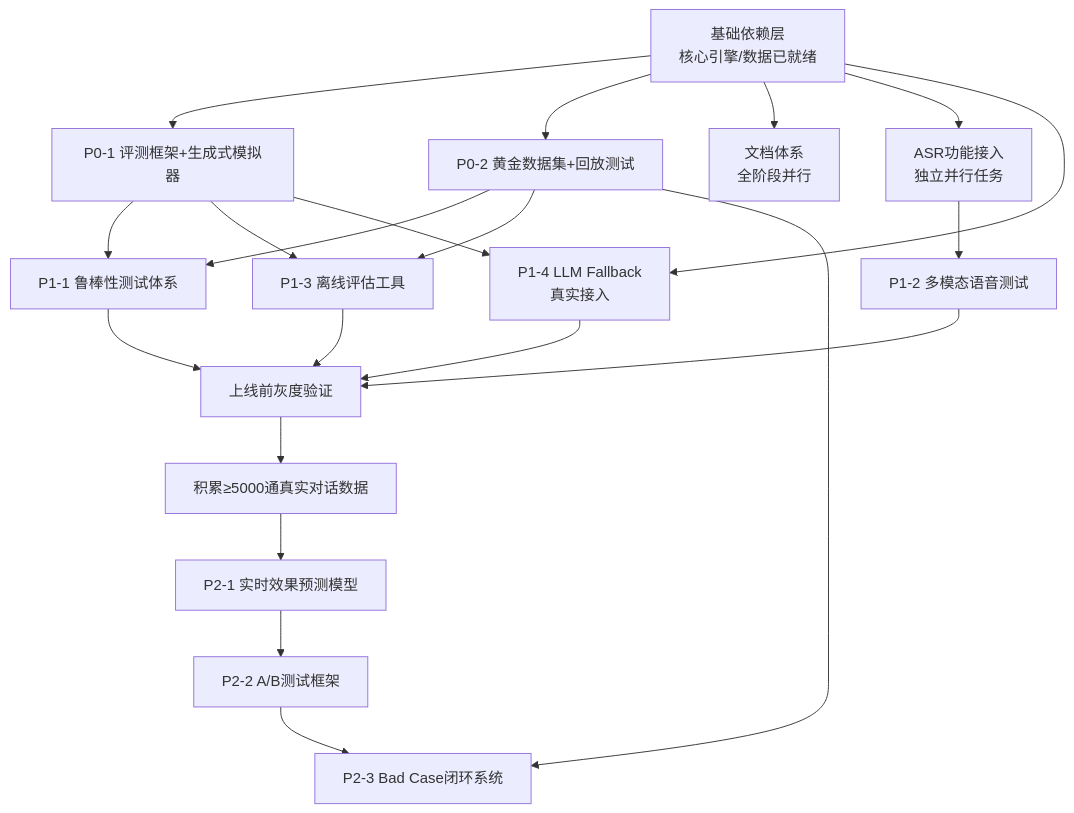
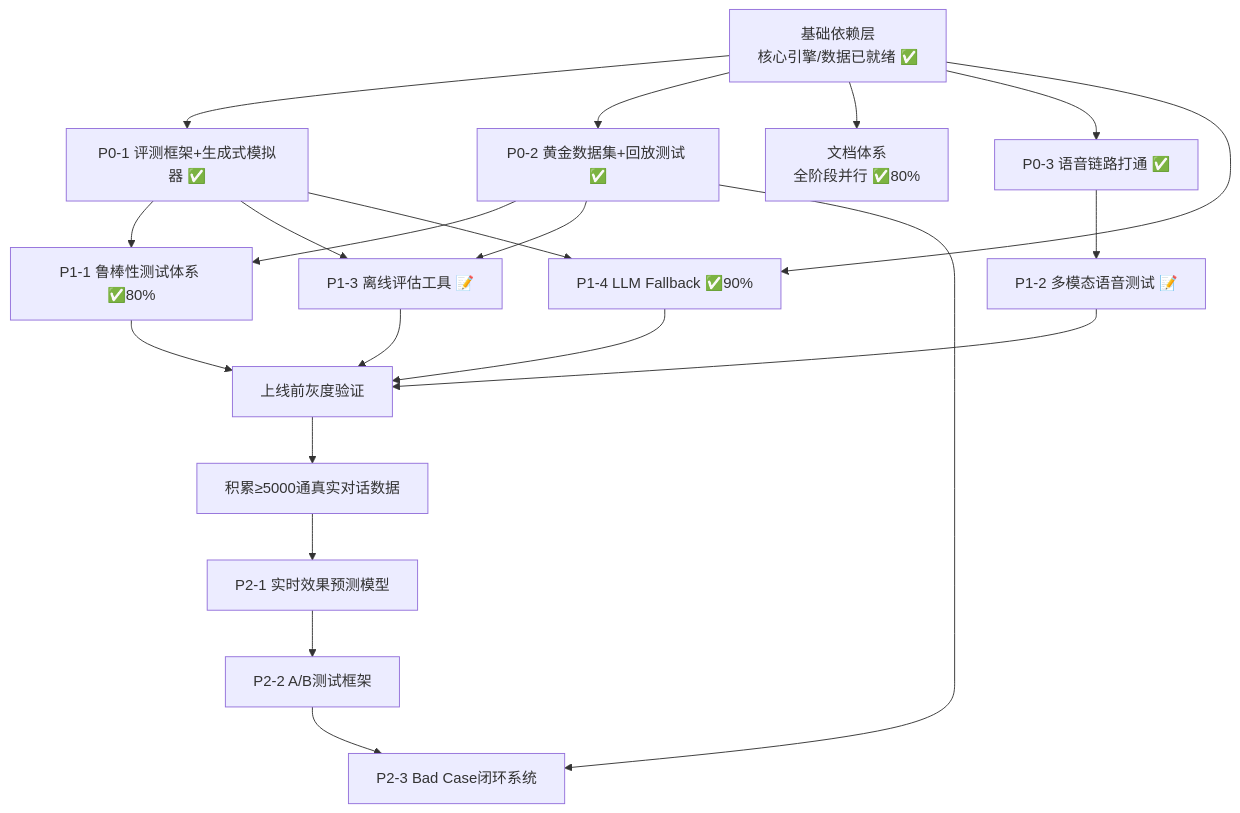
Before and after one commit to zhaodaolimeng/ai-telemarketing: the diagram in docs/ROADMAP.md, drawn with Mermaid. The commit also changed other lines of this file, not shown here.

First line of the commit message:
docs: 更新 ROADMAP 进度快照，反映 P0/P1 实际完成情况

````diff
--- a/docs/ROADMAP.md
+++ b/docs/ROADMAP.md
@@ -111,28 +132,28 @@
 ```mermaid
 graph TD
     %% 根依赖
-    BASE[基础依赖层<br>核心引擎/数据已就绪] --> P01[P0-1 评测框架+生成式模拟器]
-    BASE --> P02[P0-2 黄金数据集+回放测试]
-    BASE --> DOC[文档体系<br>全阶段并行]
-    BASE --> ASR[ASR功能接入<br>独立并行任务]
+    BASE[基础依赖层<br>核心引擎/数据已就绪 ✅] --> P01[P0-1 评测框架+生成式模拟器 ✅]
+    BASE --> P02[P0-2 黄金数据集+回放测试 ✅]
+    BASE --> DOC[文档体系<br>全阶段并行 ✅80%]
+    BASE --> ASR[P0-3 语音链路打通 ✅]
     
     %% P0 -> P1
-    P01 --> P11[P1-1 鲁棒性测试体系]
+    P01 --> P11[P1-1 鲁棒性测试体系 ✅80%]
     P02 --> P11
-    P01 --> P13[P1-3 离线评估工具]
+    P01 --> P13[P1-3 离线评估工具 📝]
     P02 --> P13
-    ASR --> P12[P1-2 多模态语音测试]
-    BASE --> P14[P1-4 LLM Fallback<br>真实接入]
+    ASR --> P12[P1-2 多模态语音测试 📝]
+    BASE --> P14[P1-4 LLM Fallback ✅90%]
     P01 --> P14
     
     %% P1 -> 上线 -> P2
     P11 --> PRE_ONLINE[上线前灰度验证]
     P12 --> PRE_ONLINE
     P13 --> PRE_ONLINE
     P14 --> PRE_ONLINE
     PRE_ONLINE --> DATA[积累≥5000通真实对话数据]
     DATA --> P21[P2-1 实时效果预测模型]
     P21 --> P22[P2-2 A/B测试框架]
     P22 --> P23[P2-3 Bad Case闭环系统]
     P02 --> P23
 ```
````
